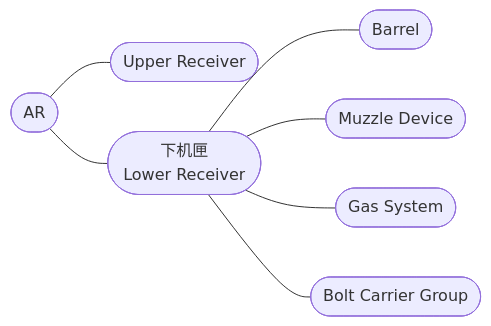
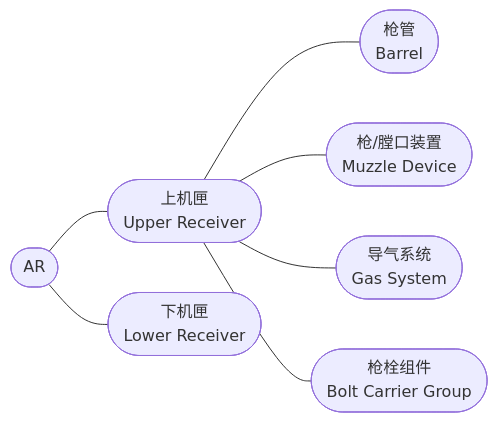
One commit to seraphdoo/BuildingGun changed the diagram in README.md. Above: the diagram before and after it, drawn with Mermaid.

````diff
--- a/README.md
+++ b/README.md
@@ -3,18 +3,23 @@
 ```mermaid
 
 graph LR;
   ar([AR]);
-  up([Upper Receiver]);
+  up([上机匣
+  Upper Receiver]);
   lo([下机匣
   Lower Receiver]);
-  barr([Barrel]);
-  muzz([Muzzle Device]);
-  gas([Gas System]);
-  bolt([Bolt Carrier Group]);
+  barr([枪管
+  Barrel]);
+  muzz([枪/膛口装置
+  Muzzle Device]);
+  gas([导气系统
+  Gas System]);
+  bolt([枪栓组件
+  Bolt Carrier Group]);
   ar --- lo;
   ar --- up;
-  lo --- barr;
-  lo --- muzz;
-  lo --- gas;
-  lo --- bolt;
+  up --- barr;
+  up --- muzz;
+  up --- gas;
+  up --- bolt;
 ```
````
